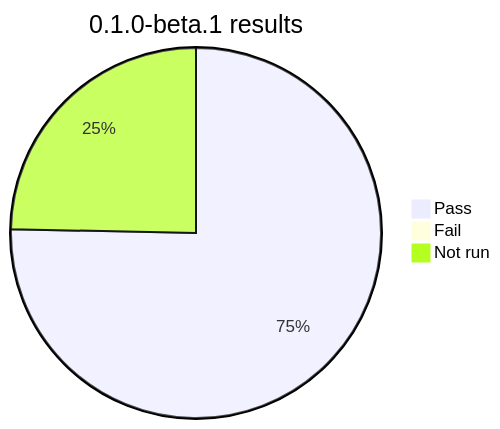
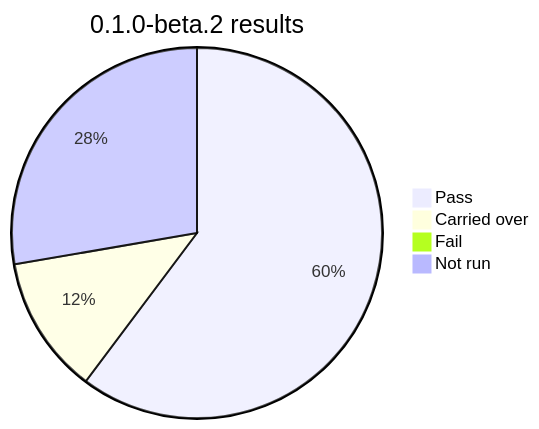
Before and after one commit to naseebnaushad/tandem-for-claude: the diagram in documents/v0.1.0/beta/v0.1.0 - Test Cases and Results.md, drawn with Mermaid. The commit also changed other lines of this file and 10 other files, not shown here.

````diff
--- a/documents/v0.1.0/beta/v0.1.0 - Test Cases and Results.md
+++ b/documents/v0.1.0/beta/v0.1.0 - Test Cases and Results.md
@@ -50,6 +52,7 @@
 ```mermaid
-pie title 0.1.0-beta.1 results
-  "Pass" : 58
+pie title 0.1.0-beta.2 results
+  "Pass" : 50
+  "Carried over" : 10
   "Fail" : 0
-  "Not run" : 19
+  "Not run" : 23
 ```
````
